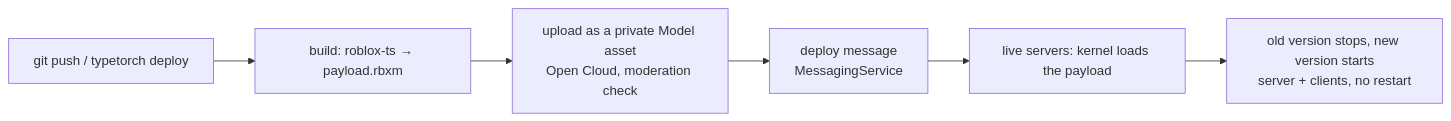
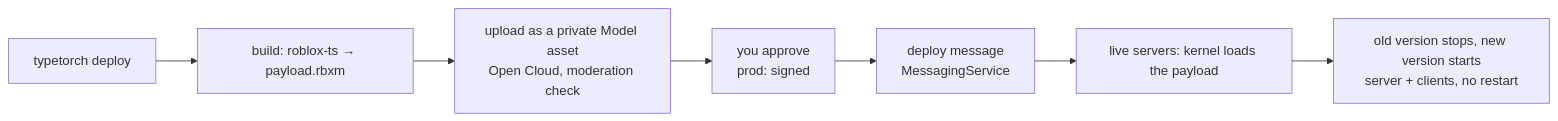
The diagram in profile/README.md (typetorch/.github), drawn with Mermaid before and after one commit. The commit also changed other lines of this file, not shown here.

````diff
--- a/profile/README.md
+++ b/profile/README.md
@@ -28,8 +40,9 @@
 ```mermaid
 flowchart LR
-    A[git push / typetorch deploy] --> B[build: roblox-ts → payload.rbxm]
+    A[typetorch deploy] --> B[build: roblox-ts → payload.rbxm]
     B --> C[upload as a private Model asset<br/>Open Cloud, moderation check]
-    C --> D[deploy message<br/>MessagingService]
-    D --> E[live servers: kernel loads the payload]
-    E --> F[old version stops, new version starts<br/>server + clients, no restart]
+    C --> D[you approve<br/>prod: signed]
+    D --> E[deploy message<br/>MessagingService]
+    E --> F[live servers: kernel loads the payload]
+    F --> G[old version stops, new version starts<br/>server + clients, no restart]
 ```
````
